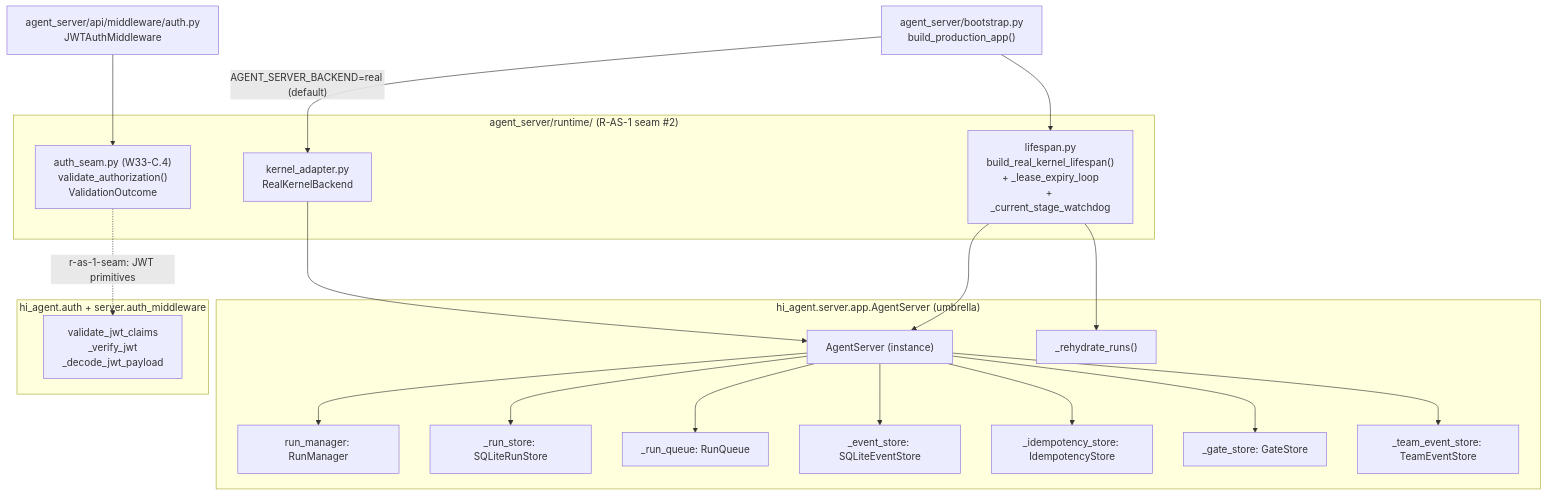
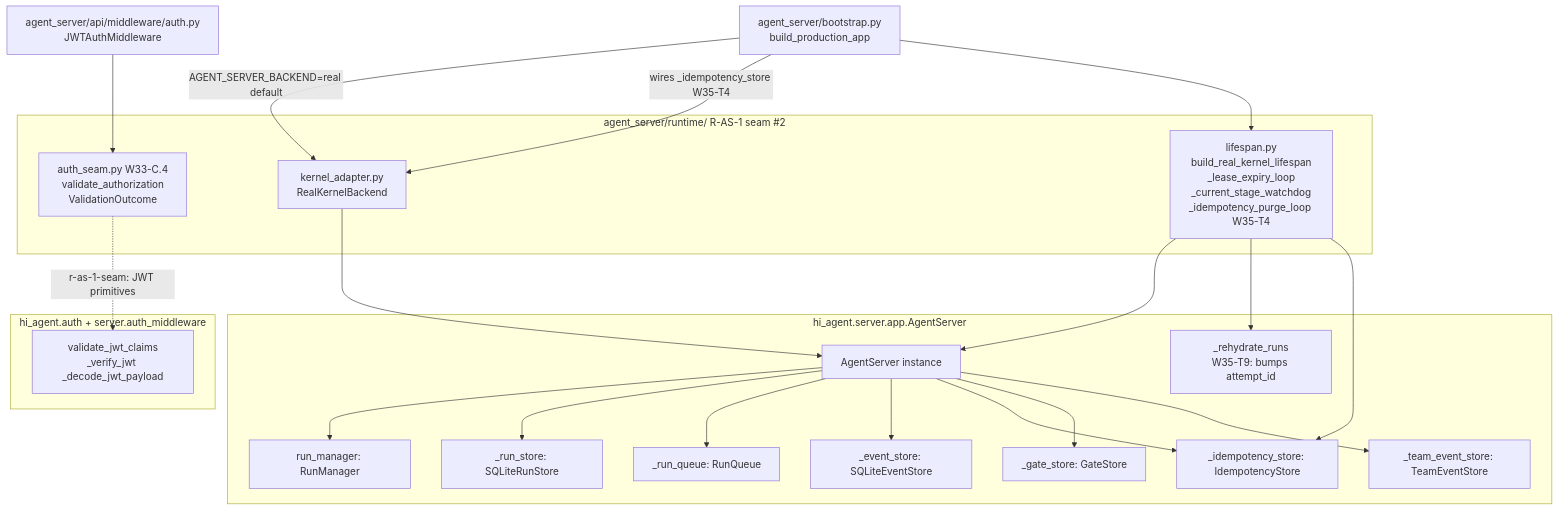
One commit to chaosxingxc-orion/hi-agent changed the first of 3 diagrams in agent_server/runtime/ARCHITECTURE.md. Above: the diagram before and after it, drawn with Mermaid. The commit also changed other lines of this file and 9 other files, not shown here.

````diff
--- a/agent_server/runtime/ARCHITECTURE.md
+++ b/agent_server/runtime/ARCHITECTURE.md
@@ -62,42 +67,44 @@
 ```mermaid
 graph TD
-    subgraph runtime["agent_server/runtime/ (R-AS-1 seam #2)"]
-        ADAPTER["kernel_adapter.py<br/>RealKernelBackend"]
-        LIFESPAN["lifespan.py<br/>build_real_kernel_lifespan()<br/>+ _lease_expiry_loop<br/>+ _current_stage_watchdog"]
-        AUTH["auth_seam.py (W33-C.4)<br/>validate_authorization()<br/>ValidationOutcome"]
+    subgraph runtime[agent_server/runtime/ R-AS-1 seam #2]
+        ADAPTER[kernel_adapter.py<br/>RealKernelBackend]
+        LIFESPAN[lifespan.py<br/>build_real_kernel_lifespan<br/>_lease_expiry_loop<br/>_current_stage_watchdog<br/>_idempotency_purge_loop W35-T4]
+        AUTH[auth_seam.py W33-C.4<br/>validate_authorization<br/>ValidationOutcome]
     end
 
-    subgraph hi_agent_umbrella["hi_agent.server.app.AgentServer (umbrella)"]
-        AS["AgentServer (instance)"]
-        RM["run_manager: RunManager"]
-        RS["_run_store: SQLiteRunStore"]
-        RQ["_run_queue: RunQueue"]
-        ES["_event_store: SQLiteEventStore"]
-        IS["_idempotency_store: IdempotencyStore"]
-        GS["_gate_store: GateStore"]
-        TS["_team_event_store: TeamEventStore"]
-        REHYDRATE["_rehydrate_runs()"]
+    subgraph hi_agent_umbrella[hi_agent.server.app.AgentServer]
+        AS[AgentServer instance]
+        RM[run_manager: RunManager]
+        RS[_run_store: SQLiteRunStore]
+        RQ[_run_queue: RunQueue]
+        ES[_event_store: SQLiteEventStore]
+        IS[_idempotency_store: IdempotencyStore]
+        GS[_gate_store: GateStore]
+        TS[_team_event_store: TeamEventStore]
+        REHYDRATE[_rehydrate_runs<br/>W35-T9: bumps attempt_id]
     end
 
-    subgraph hi_agent_auth["hi_agent.auth + server.auth_middleware"]
-        JWTPRIM["validate_jwt_claims<br/>_verify_jwt<br/>_decode_jwt_payload"]
+    subgraph hi_agent_auth[hi_agent.auth + server.auth_middleware]
+        JWTPRIM[validate_jwt_claims<br/>_verify_jwt _decode_jwt_payload]
     end
 
-    BOOTSTRAP["agent_server/bootstrap.py<br/>build_production_app()"]
-    APIMW["agent_server/api/middleware/auth.py<br/>JWTAuthMiddleware"]
+    BOOTSTRAP[agent_server/bootstrap.py<br/>build_production_app]
+    APIMW[agent_server/api/middleware/auth.py<br/>JWTAuthMiddleware]
 
-    BOOTSTRAP -->|"AGENT_SERVER_BACKEND=real (default)"| ADAPTER
+    BOOTSTRAP -->|AGENT_SERVER_BACKEND=real default| ADAPTER
+    BOOTSTRAP -->|wires _idempotency_store W35-T4| ADAPTER
     BOOTSTRAP --> LIFESPAN
     LIFESPAN --> AS
     ADAPTER --> AS
     AS --> RM
     AS --> RS
     AS --> RQ
     AS --> ES
     AS --> IS
     AS --> GS
     AS --> TS
     LIFESPAN --> REHYDRATE
+    LIFESPAN --> IS
     APIMW --> AUTH
-    AUTH -. "r-as-1-seam: JWT primitives" .-> JWTPRIM
+    AUTH -. r-as-1-seam: JWT primitives .-> JWTPRIM
 ```
````
